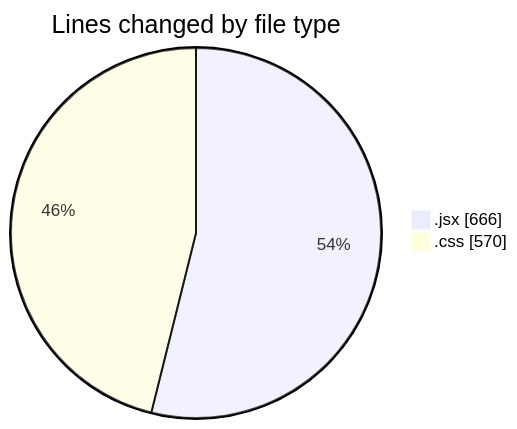
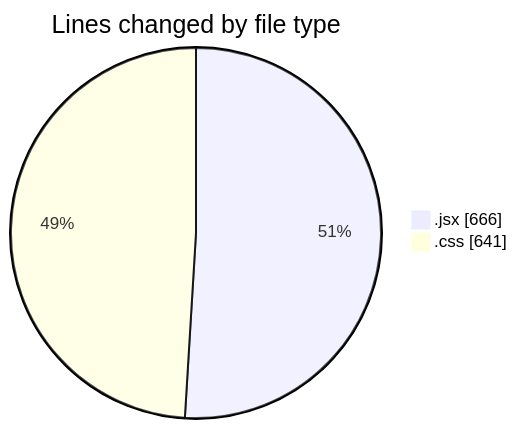
Before and after one commit to BS-eng2023/code-tracking: the first of 2 diagrams in 2025-05-08/recipe-app/README.md, drawn with Mermaid. The commit also changed other lines of this file and 1 other file, not shown here.

````diff
--- a/2025-05-08/recipe-app/README.md
+++ b/2025-05-08/recipe-app/README.md
@@ -25,6 +25,6 @@
 ```mermaid
 pie showData
 title Lines changed by file type
 ".jsx" : 666
-".css" : 570
+".css" : 641
 ```
````
